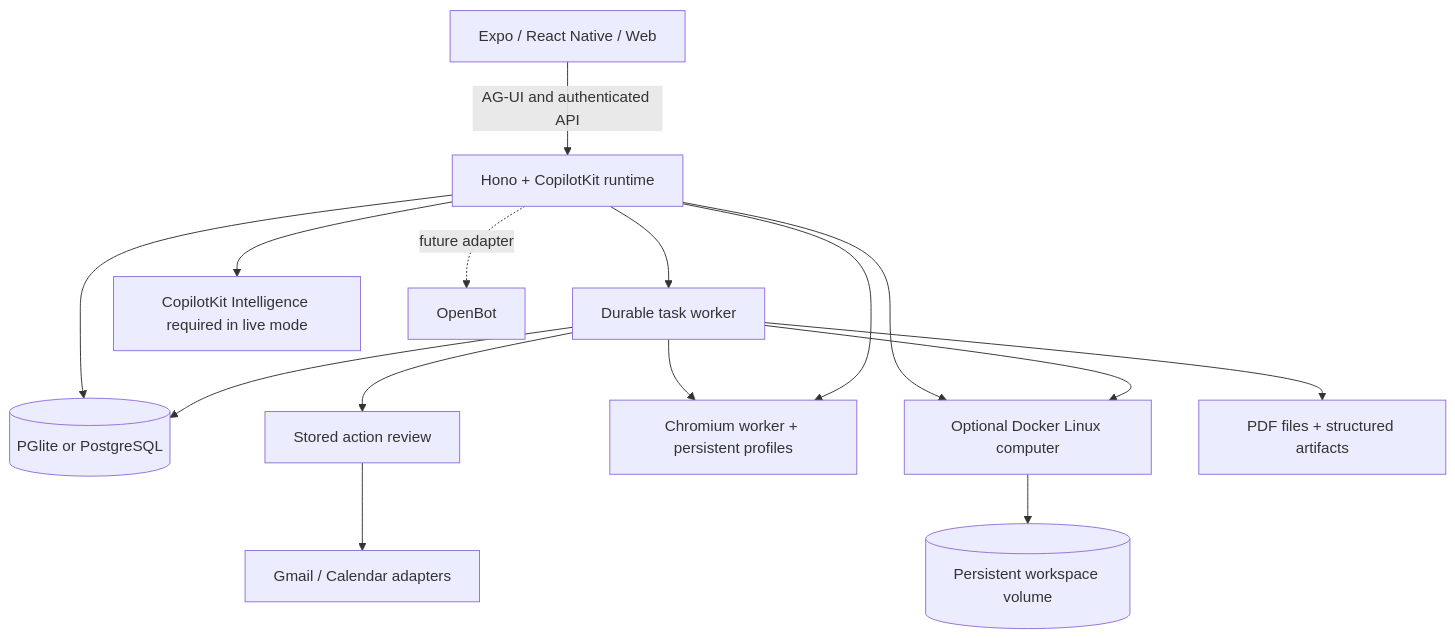
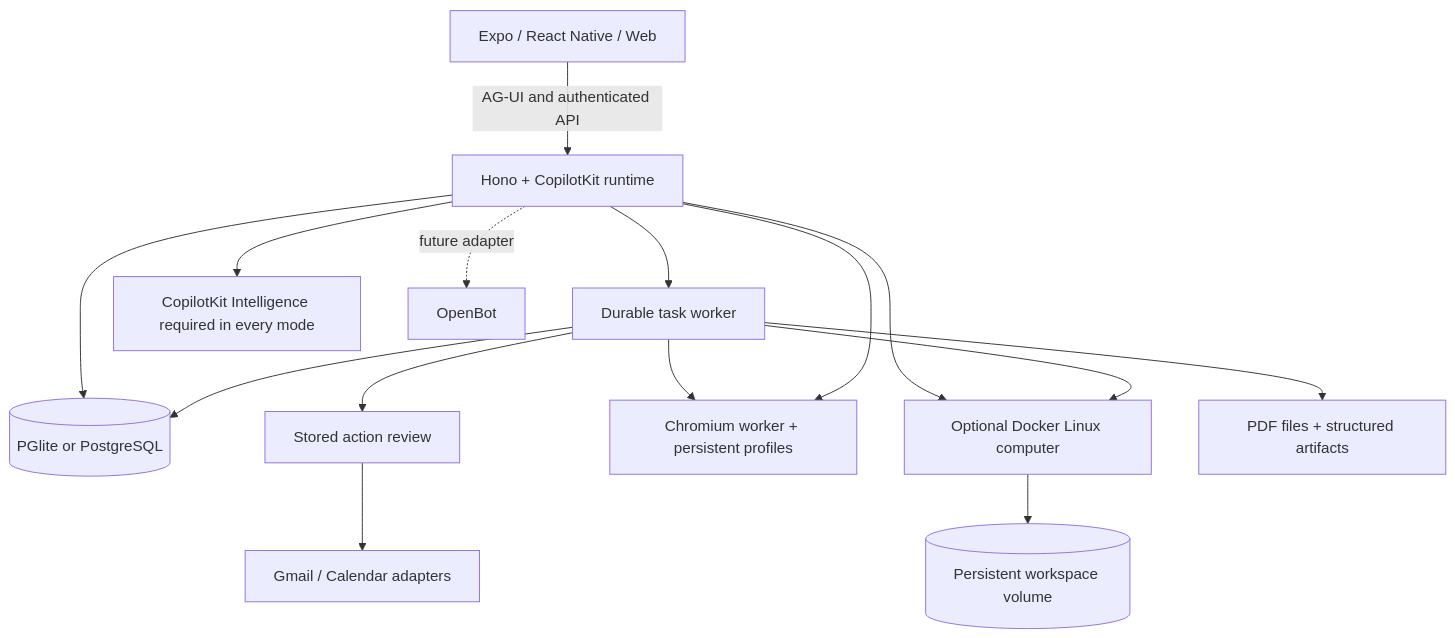
One commit to Akshmit/openmuse changed the diagram in README.md. Above: the diagram before and after it, drawn with Mermaid. The commit also changed other lines of this file and 19 other files, not shown here.

Commit message:
feat: require CopilotKit Intelligence in every mode (#38)

````diff
--- a/README.md
+++ b/README.md
@@ -143,17 +146,17 @@
 ```mermaid
 flowchart TD
   Client[Expo / React Native / Web] -->|AG-UI and authenticated API| API[Hono + CopilotKit runtime]
   API --> Tasks[Durable task worker]
-  API --> Threads[CopilotKit Intelligence required in live mode]
+  API --> Threads[CopilotKit Intelligence required in every mode]
   API --> Store[(PGlite or PostgreSQL)]
   Tasks --> Store
   Tasks --> Review[Stored action review]
   Review --> Google[Gmail / Calendar adapters]
   Tasks --> Browser[Chromium worker + persistent profiles]
   API --> Browser
   API --> Computer[Optional Docker Linux computer]
   Tasks --> Computer
   Computer --> Volume[(Persistent workspace volume)]
   Tasks --> Files[PDF files + structured artifacts]
   API -. future adapter .-> OpenBot[OpenBot]
 ```
````
